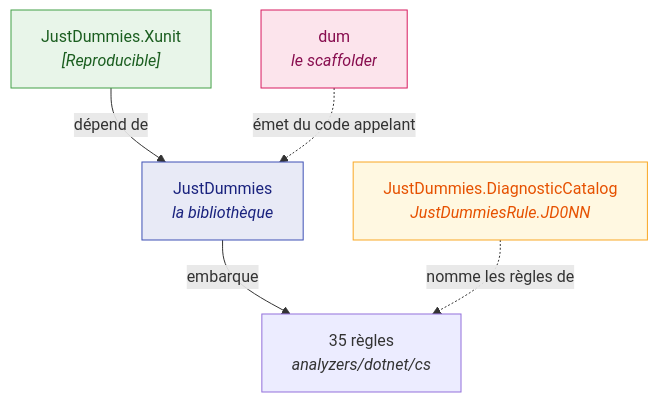
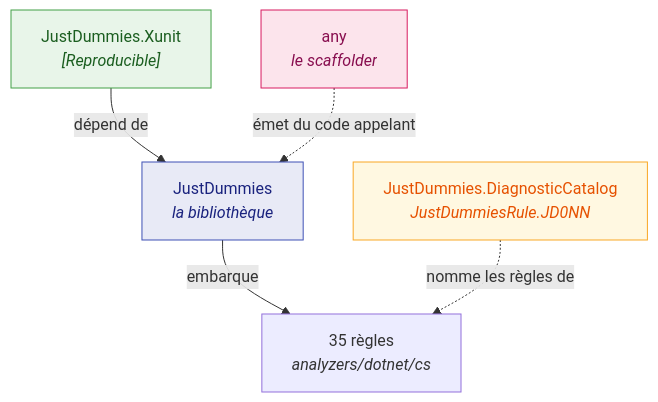
Before and after one commit to Reefact/just-dummies: the diagram in doc/handwritten/for-users/packages/README.fr.md, drawn with Mermaid. The commit also changed other lines of this file and 85 other files, not shown here.

First line of the commit message:
feat(cli)!: rename the scaffolder command from dum to any

````diff
--- a/doc/handwritten/for-users/packages/README.fr.md
+++ b/doc/handwritten/for-users/packages/README.fr.md
@@ -19,14 +19,14 @@
 ```mermaid
 flowchart TD
     accTitle: Comment les quatre paquets s'articulent
-    accDescr: JustDummies, la bibliothèque, embarque les 35 règles sous analyzers/dotnet/cs. JustDummies.Xunit dépend de la bibliothèque. JustDummies.DiagnosticCatalog nomme ces règles sans en dépendre, et dum, le scaffolder, émet du code appelant la bibliothèque.
+    accDescr: JustDummies, la bibliothèque, embarque les 35 règles sous analyzers/dotnet/cs. JustDummies.Xunit dépend de la bibliothèque. JustDummies.DiagnosticCatalog nomme ces règles sans en dépendre, et any, le scaffolder, émet du code appelant la bibliothèque.
     L["JustDummies<br/><i>la bibliothèque</i>"] -->|"embarque"| A["35 règles<br/><i>analyzers/dotnet/cs</i>"]
     X["JustDummies.Xunit<br/><i>[Reproducible]</i>"] -->|"dépend de"| L
     C["JustDummies.DiagnosticCatalog<br/><i>JustDummiesRule.JD0NN</i>"]
     C -.->|"nomme les règles de"| A
-    D["dum<br/><i>le scaffolder</i>"] -.->|"émet du code appelant"| L
+    D["any<br/><i>le scaffolder</i>"] -.->|"émet du code appelant"| L
     style L fill:#e8eaf6,stroke:#3f51b5,color:#1a237e
     style X fill:#e8f5e9,stroke:#43a047,color:#1b5e20
     style C fill:#fff8e1,stroke:#f9a825,color:#e65100
     style D fill:#fce4ec,stroke:#d81b60,color:#880e4f
 ```
````
